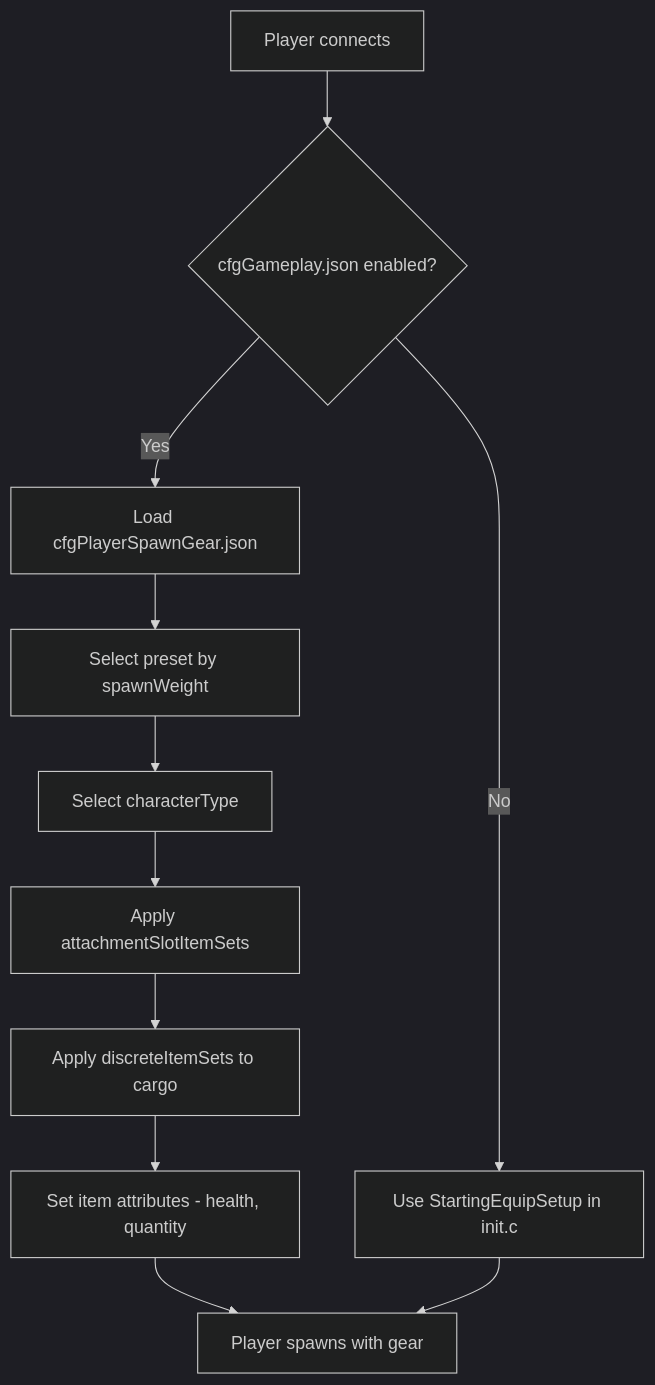
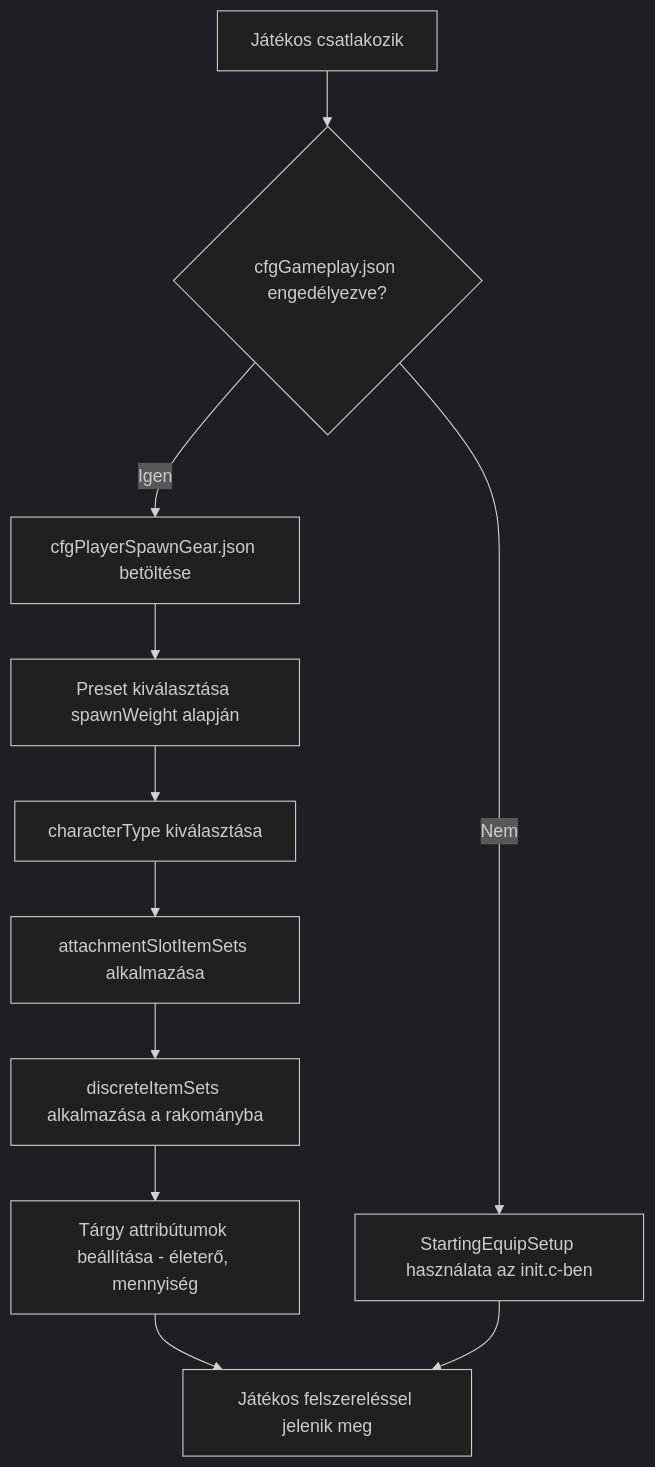
The diagram in hu/05-config-files/06-spawning-gear.md (StarDZ-Team/DayZ-Modding-Wiki), drawn with Mermaid (dark theme) before and after one commit. The commit also changed other lines of this file and 7 other files, not shown here.

````diff
--- a/hu/05-config-files/06-spawning-gear.md
+++ b/hu/05-config-files/06-spawning-gear.md
@@ -41,13 +43,13 @@
 ```mermaid
 flowchart TD
-    A[Player connects] --> B{cfgGameplay.json enabled?}
-    B -->|Yes| C[Load cfgPlayerSpawnGear.json]
-    B -->|No| D[Use StartingEquipSetup in init.c]
-    C --> E[Select preset by spawnWeight]
-    E --> F[Select characterType]
-    F --> G[Apply attachmentSlotItemSets]
-    G --> H[Apply discreteItemSets to cargo]
-    H --> I[Set item attributes - health, quantity]
-    I --> J[Player spawns with gear]
+    A[Játékos csatlakozik] --> B{cfgGameplay.json engedélyezve?}
+    B -->|Igen| C[cfgPlayerSpawnGear.json betöltése]
+    B -->|Nem| D[StartingEquipSetup használata az init.c-ben]
+    C --> E[Preset kiválasztása spawnWeight alapján]
+    E --> F[characterType kiválasztása]
+    F --> G[attachmentSlotItemSets alkalmazása]
+    G --> H[discreteItemSets alkalmazása a rakományba]
+    H --> I[Tárgy attribútumok beállítása - életerő, mennyiség]
+    I --> J[Játékos felszereléssel jelenik meg]
     D --> J
 ```
````
